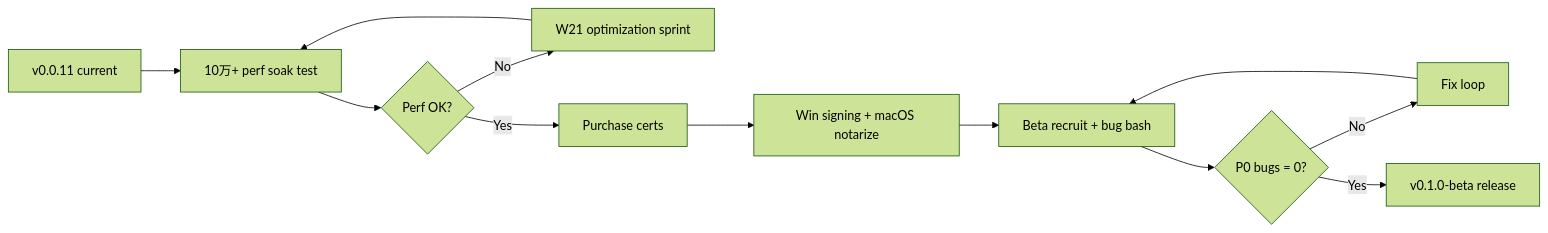
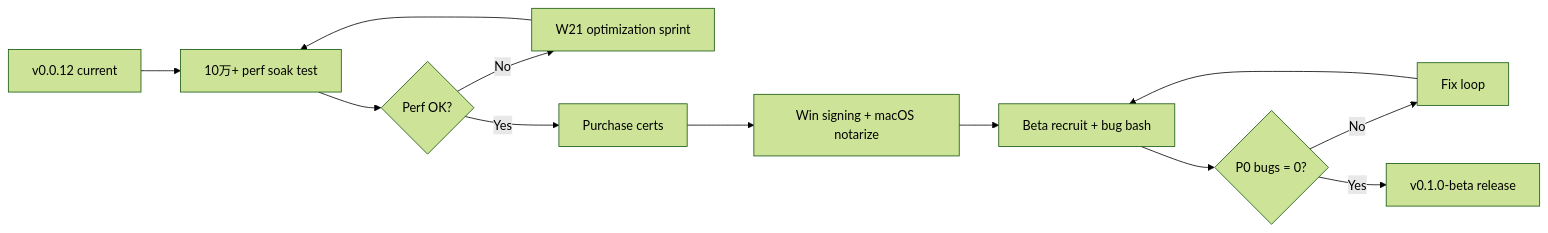
The diagram in docs/BETA_ROADMAP.md (halft0n/LightFrame), drawn with Mermaid (forest theme) before and after one commit. The commit also changed other lines of this file and 3 other files, not shown here.

````diff
--- a/docs/BETA_ROADMAP.md
+++ b/docs/BETA_ROADMAP.md
@@ -133,14 +133,14 @@
 ```mermaid
 flowchart LR
-    A[v0.0.11 current] --> B[10万+ perf soak test]
+    A[v0.0.12 current] --> B[10万+ perf soak test]
     B --> C{Perf OK?}
     C -->|No| D[W21 optimization sprint]
     C -->|Yes| E[Purchase certs]
     D --> B
     E --> F[Win signing + macOS notarize]
     F --> G[Beta recruit + bug bash]
     G --> H{P0 bugs = 0?}
     H -->|No| I[Fix loop]
     I --> G
     H -->|Yes| J[v0.1.0-beta release]
 ```
````
